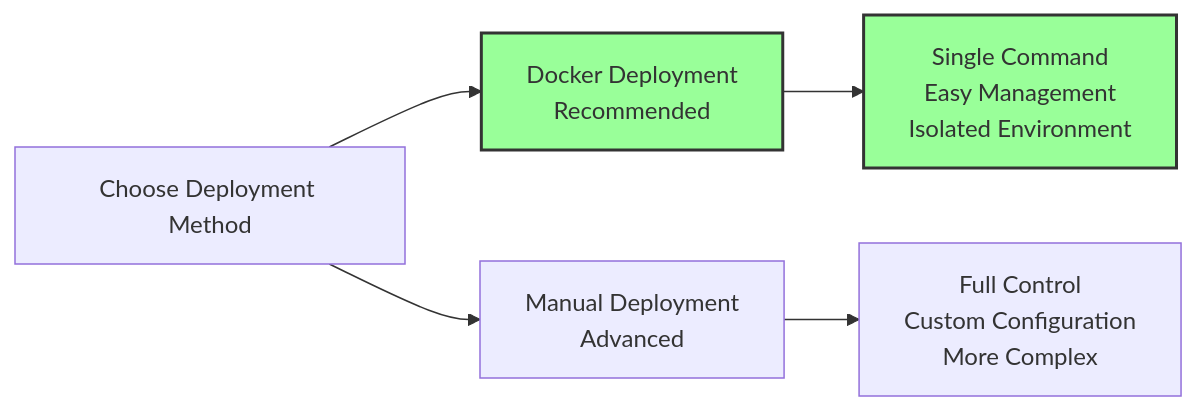
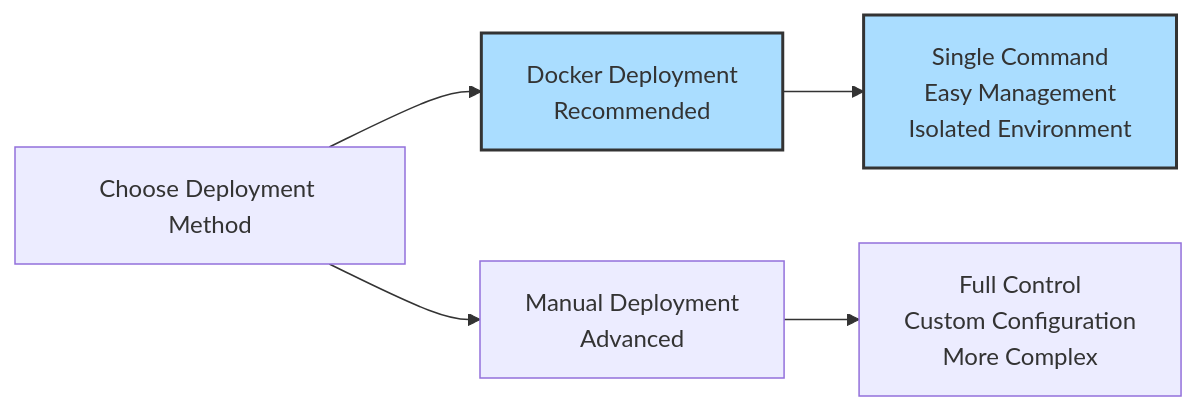
One commit to dacorisdata/dacoris changed the second of 7 diagrams in LINUX_DEPLOYMENT_GUIDE.md. Above: the diagram before and after it, drawn with Mermaid. The commit also changed other lines of this file, not shown here.

Commit message:
Fix Mermaid diagram syntax errors and improve color visibility

````diff
--- a/LINUX_DEPLOYMENT_GUIDE.md
+++ b/LINUX_DEPLOYMENT_GUIDE.md
@@ -136,11 +136,11 @@
 ```mermaid
 graph LR
     A[Choose Deployment Method] --> B[Docker Deployment<br/>Recommended]
     A --> C[Manual Deployment<br/>Advanced]
     
     B --> D[Single Command<br/>Easy Management<br/>Isolated Environment]
     C --> E[Full Control<br/>Custom Configuration<br/>More Complex]
     
-    style B fill:#9f9,stroke:#333,stroke-width:2px
-    style D fill:#9f9,stroke:#333,stroke-width:2px
+    style B fill:#adf,stroke:#333,stroke-width:2px
+    style D fill:#adf,stroke:#333,stroke-width:2px
 ```
````
